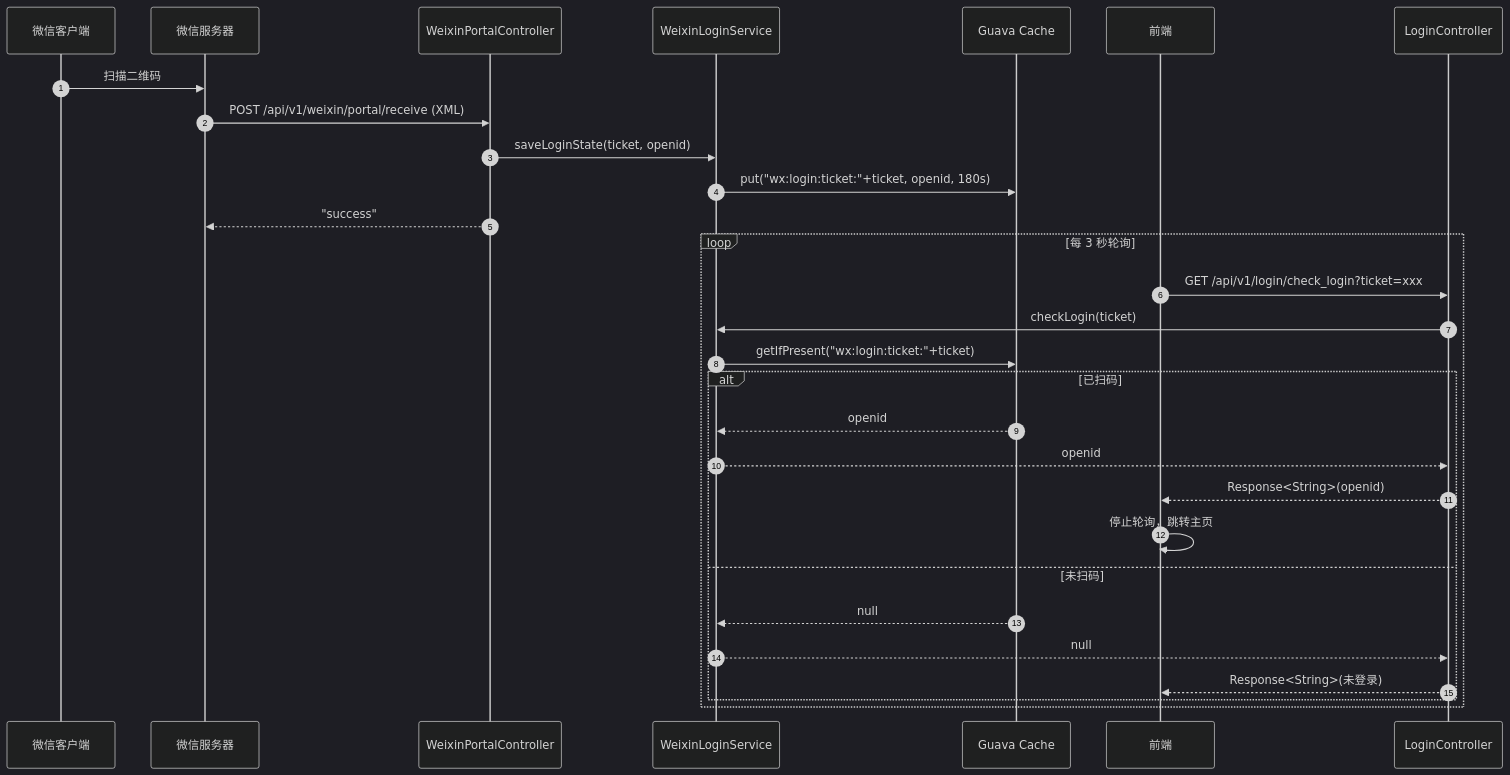
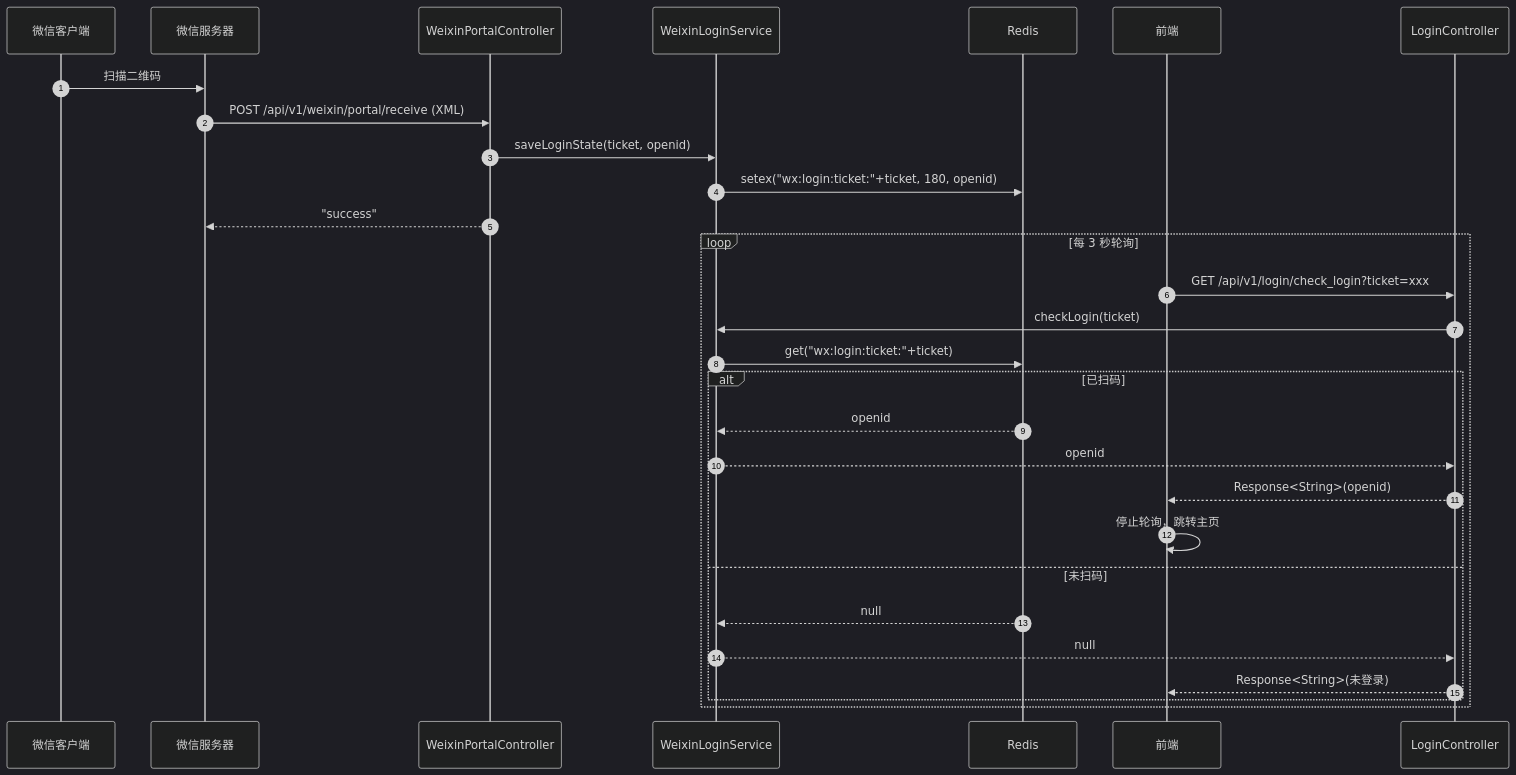
The second of 2 diagrams in docs/design/weixinLogin.md (sxlva/s-pay-mall), drawn with Mermaid (dark theme) before and after one commit. The commit also changed other lines of this file and 54 other files, not shown here.

````diff
--- a/docs/design/weixinLogin.md
+++ b/docs/design/weixinLogin.md
@@ -58,33 +59,33 @@
 ```mermaid
 sequenceDiagram
     autonumber
     participant WX as 微信客户端
     participant WXAPI as 微信服务器
     participant Portal as WeixinPortalController
     participant Service as WeixinLoginService
-    participant Cache as Guava Cache
+    participant Redis as Redis
     participant F as 前端
     participant C as LoginController
 
     WX->>WXAPI: 扫描二维码
     WXAPI->>Portal: POST /api/v1/weixin/portal/receive (XML)
     Portal->>Service: saveLoginState(ticket, openid)
-    Service->>Cache: put("wx:login:ticket:"+ticket, openid, 180s)
+    Service->>Redis: setex("wx:login:ticket:"+ticket, 180, openid)
     Portal-->>WXAPI: "success"
 
     loop 每 3 秒轮询
         F->>C: GET /api/v1/login/check_login?ticket=xxx
         C->>Service: checkLogin(ticket)
-        Service->>Cache: getIfPresent("wx:login:ticket:"+ticket)
+        Service->>Redis: get("wx:login:ticket:"+ticket)
         alt 已扫码
-            Cache-->>Service: openid
+            Redis-->>Service: openid
             Service-->>C: openid
             C-->>F: Response<String>(openid)
             F->>F: 停止轮询，跳转主页
         else 未扫码
-            Cache-->>Service: null
+            Redis-->>Service: null
             Service-->>C: null
             C-->>F: Response<String>(未登录)
         end
     end
 ```
````
